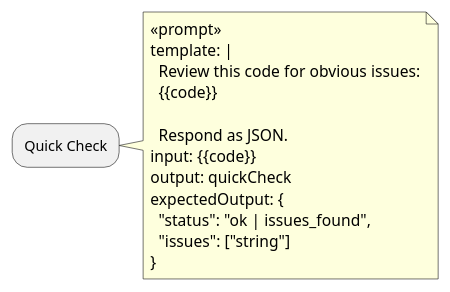
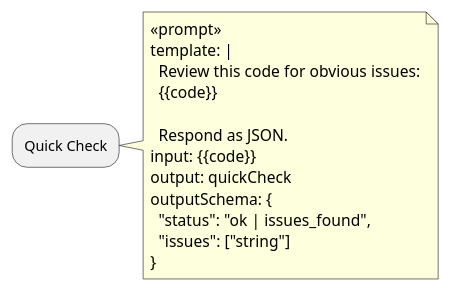
Before and after one commit to JuanToanXoup/copilot-api-minimal: the fourth of 12 diagrams in docs/plantuml-workflow-schema.md, drawn with PlantUML. The commit also changed other lines of this file, not shown here.

First line of the commit message:
Rename expectedOutput to outputSchema

````diff
--- a/docs/plantuml-workflow-schema.md
+++ b/docs/plantuml-workflow-schema.md
@@ -131,17 +131,17 @@
 ```plantuml
 :Quick Check;
 note right
   <<prompt>>
   template: |
     Review this code for obvious issues:
     {{code}}
 
     Respond as JSON.
   input: {{code}}
   output: quickCheck
-  expectedOutput: {
+  outputSchema: {
     "status": "ok | issues_found",
     "issues": ["string"]
   }
 end note
 ```
````
